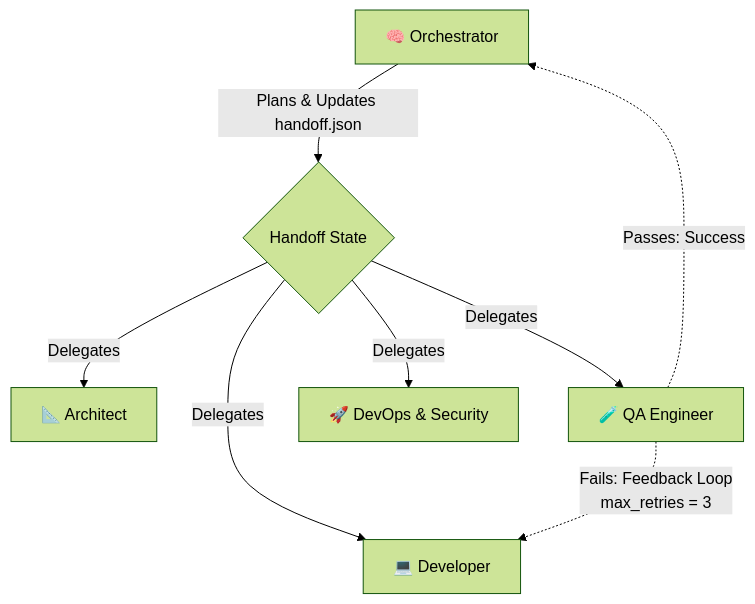
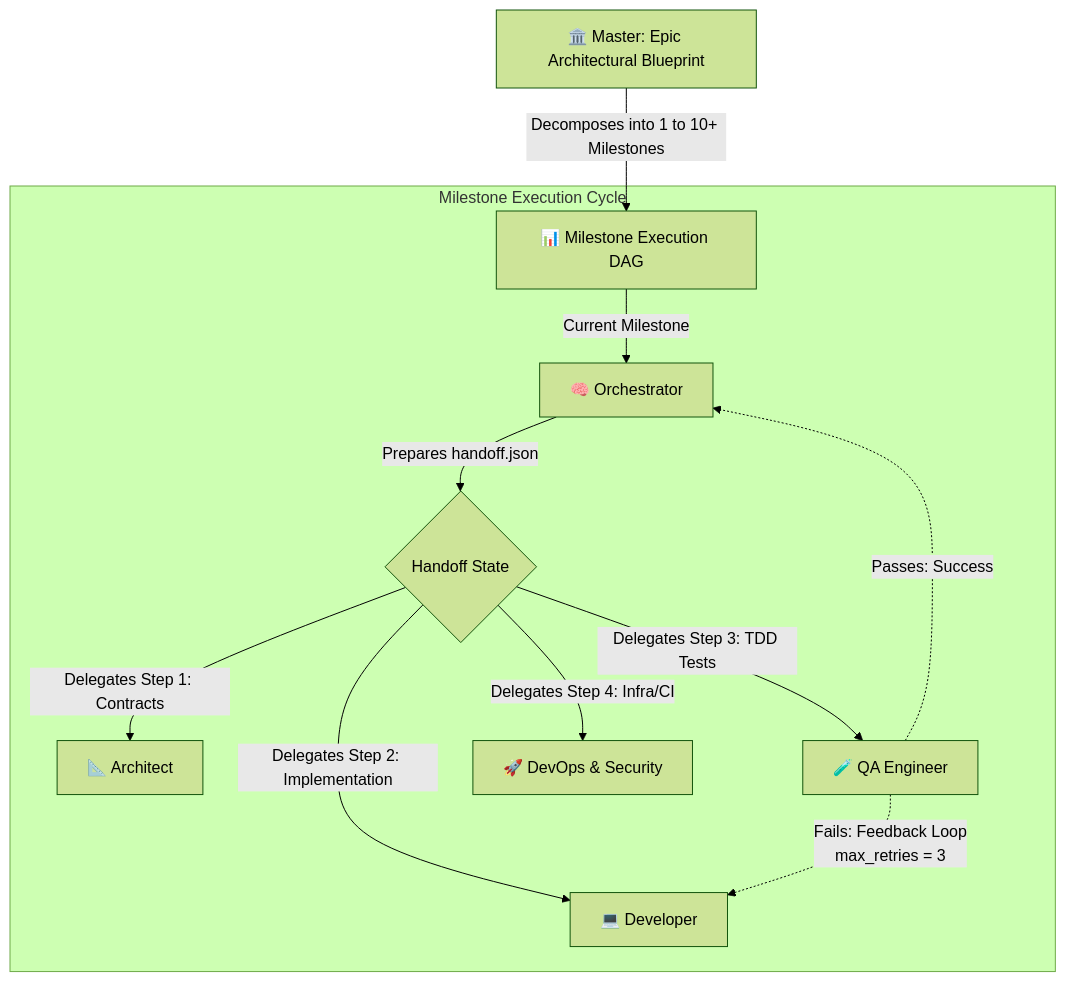
The diagram in README.md (amingeek/MultiAgent-Kit), drawn with Mermaid (forest theme) before and after one commit. The commit also changed other lines of this file and 16 other files, not shown here.

Commit message:
feat(kit): upgrade to v5.3 with hierarchical epic-to-granular milestones architecture and deep specifications

````diff
--- a/README.md
+++ b/README.md
@@ -24,11 +26,16 @@
 ```mermaid
 graph TD
-    O[🧠 Orchestrator] -->|Plans & Updates handoff.json| H{Handoff State}
-    H -->|Delegates| A[📐 Architect]
-    H -->|Delegates| D[💻 Developer]
-    H -->|Delegates| Q[🧪 QA Engineer]
-    H -->|Delegates| S[🚀 DevOps & Security]
+    M[🏛️ Master: Epic Architectural Blueprint] -->|Decomposes into 1 to 10+ Milestones| DAG[📊 Milestone Execution DAG]
     
-    Q -.->|Fails: Feedback Loop <br> max_retries = 3| D
-    Q -.->|Passes: Success| O
+    subgraph Milestone Execution Cycle
+        DAG -->|Current Milestone| O[🧠 Orchestrator]
+        O -->|Prepares handoff.json| H{Handoff State}
+        H -->|Delegates Step 1: Contracts| A[📐 Architect]
+        H -->|Delegates Step 2: Implementation| D[💻 Developer]
+        H -->|Delegates Step 3: TDD Tests| Q[🧪 QA Engineer]
+        H -->|Delegates Step 4: Infra/CI| S[🚀 DevOps & Security]
+        
+        Q -.->|Fails: Feedback Loop <br> max_retries = 3| D
+        Q -.->|Passes: Success| O
+    end
 ```
````
